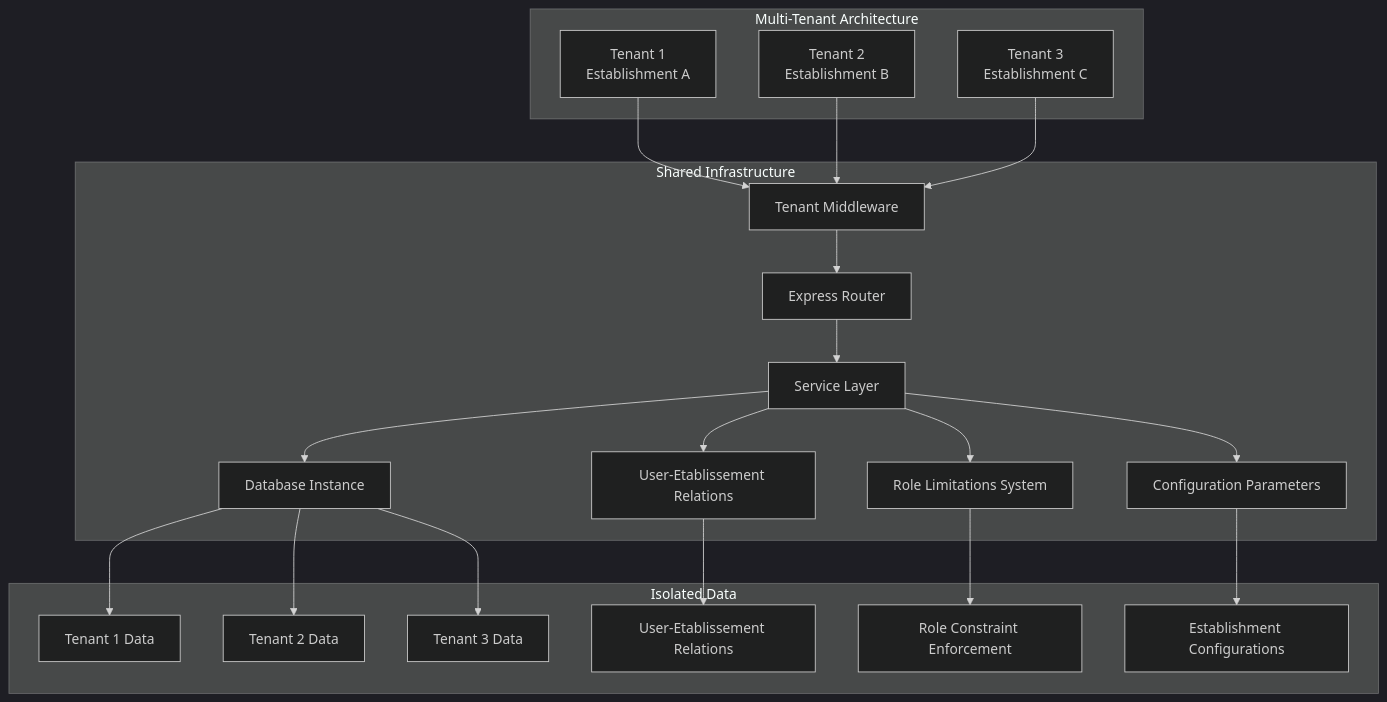
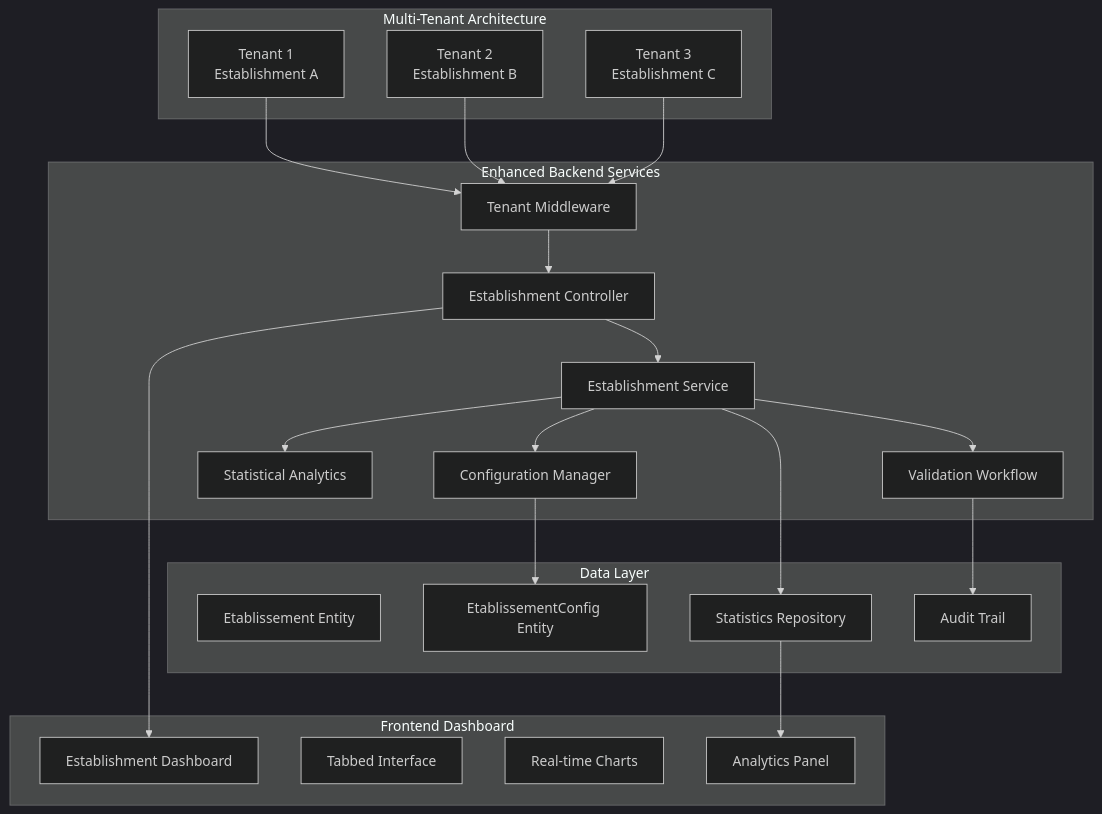
The first of 11 diagrams in .qoder/repowiki/en/content/Modules & Features/Administrative Modules/Establishment Management.md (franckylab/eLISAschool), drawn with Mermaid (dark theme) before and after one commit. The commit also changed other lines of this file and 95 other files, not shown here.

First line of the commit message:
refactor(architecture): corriger la source de vérité des informations établissement

````diff
--- a/.qoder/repowiki/en/content/Modules & Features/Administrative Modules/Establishment Management.md
+++ b/.qoder/repowiki/en/content/Modules & Features/Administrative Modules/Establishment Management.md
@@ -66,40 +58,41 @@
 ```mermaid
 graph TB
 subgraph "Multi-Tenant Architecture"
 Tenant1["Tenant 1<br/>Establishment A"]
 Tenant2["Tenant 2<br/>Establishment B"]
 Tenant3["Tenant 3<br/>Establishment C"]
 end
-subgraph "Shared Infrastructure"
+subgraph "Enhanced Backend Services"
 Middleware["Tenant Middleware"]
-Router["Express Router"]
-ServiceLayer["Service Layer"]
-DB["Database Instance"]
-RoleLimitations["Role Limitations System"]
-UserEtab["User-Etablissement Relations"]
-ConfigParams["Configuration Parameters"]
+Controller["Establishment Controller"]
+Service["Establishment Service"]
+Validator["Validation Workflow"]
+Stats["Statistical Analytics"]
+Config["Configuration Manager"]
 end
-subgraph "Isolated Data"
-Data1["Tenant 1 Data"]
-Data2["Tenant 2 Data"]
-Data3["Tenant 3 Data"]
-UserRelations["User-Etablissement Relations"]
-RoleConstraints["Role Constraint Enforcement"]
-ConfigSettings["Establishment Configurations"]
+subgraph "Frontend Dashboard"
+Dashboard["Establishment Dashboard"]
+Tabs["Tabbed Interface"]
+Charts["Real-time Charts"]
+Analytics["Analytics Panel"]
+end
+subgraph "Data Layer"
+Etablissement["Etablissement Entity"]
+ConfigEntity["EtablissementConfig Entity"]
+StatsRepo["Statistics Repository"]
+Audit["Audit Trail"]
 end
 Tenant1 --> Middleware
 Tenant2 --> Middleware
 Tenant3 --> Middleware
-Middleware --> Router
-Router --> ServiceLayer
-ServiceLayer --> DB
-ServiceLayer --> RoleLimitations
-ServiceLayer --> UserEtab
-ServiceLayer --> ConfigParams
-DB --> Data1
-DB --> Data2
-DB --> Data3
-UserEtab --> UserRelations
-RoleLimitations --> RoleConstraints
-ConfigParams --> ConfigSettings
+Middleware --> Controller
+Controller --> Service
+Service --> Validator
+Service --> Stats
+Service --> Config
+Controller --> Dashboard
+Service --> StatsRepo
+StatsRepo --> Analytics
+Config --> ConfigEntity
+Validator --> Audit
 ```
````
